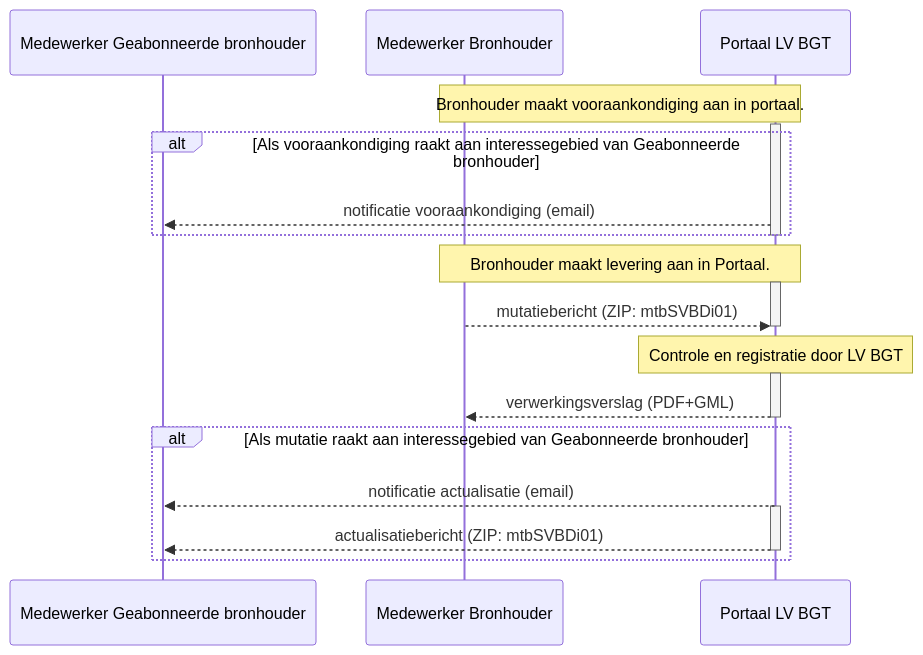
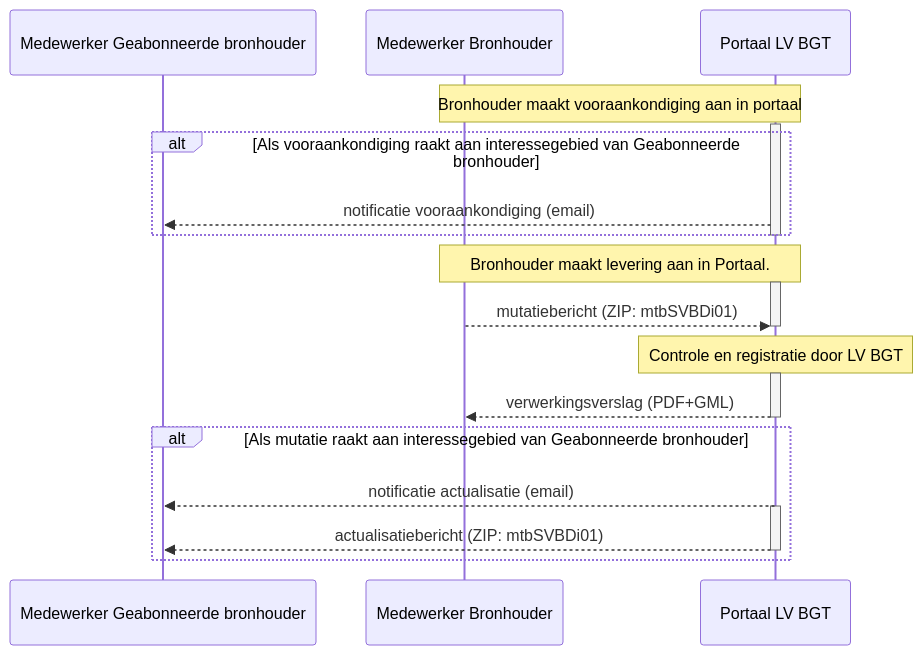
The first of 2 diagrams in werkafspraken/bgt-berichtenverkeer/2-werkafspraak.md (Geonovum/IMGeo), drawn with Mermaid before and after one commit. The commit also changed other lines of this file, not shown here.

```diff
--- a/werkafspraken/bgt-berichtenverkeer/2-werkafspraak.md
+++ b/werkafspraken/bgt-berichtenverkeer/2-werkafspraak.md
@@ -67,26 +67,26 @@
 <div class="mermaid">
 sequenceDiagram          
     participant Medewerker Geabonneerde  bronhouder    
     participant Medewerker Bronhouder  
     participant Portaal LV BGT    
-    Note over Medewerker Bronhouder, Portaal LV BGT: Bronhouder maakt vooraankondiging aan in portaal.
+    Note over Medewerker Bronhouder, Portaal LV BGT: Bronhouder maakt vooraankondiging aan in portaal
     activate Portaal LV BGT
     alt Als vooraankondiging raakt aan interessegebied van Geabonneerde bronhouder    
     Portaal LV BGT-->>Medewerker Geabonneerde  bronhouder: notificatie vooraankondiging (email)
     end
     deactivate Portaal LV BGT
     Note over Medewerker Bronhouder, Portaal LV BGT: Bronhouder maakt levering aan in Portaal.
     activate Portaal LV BGT
     Medewerker Bronhouder-->>Portaal LV BGT: mutatiebericht (ZIP: mtbSVBDi01)
     deactivate Portaal LV BGT   
     Note over Portaal LV BGT: Controle en registratie door LV BGT     
     activate Portaal LV BGT  
     Portaal LV BGT-->>Medewerker Bronhouder: verwerkingsverslag (PDF+GML)    
     deactivate Portaal LV BGT
     alt Als mutatie raakt aan interessegebied van Geabonneerde bronhouder
     Portaal LV BGT-->>Medewerker Geabonneerde  bronhouder: notificatie actualisatie (email)
     activate Portaal LV BGT
     Portaal LV BGT-->>Medewerker Geabonneerde  bronhouder: actualisatiebericht (ZIP: mtbSVBDi01)
     deactivate Portaal LV BGT
     end
 </div>
```
